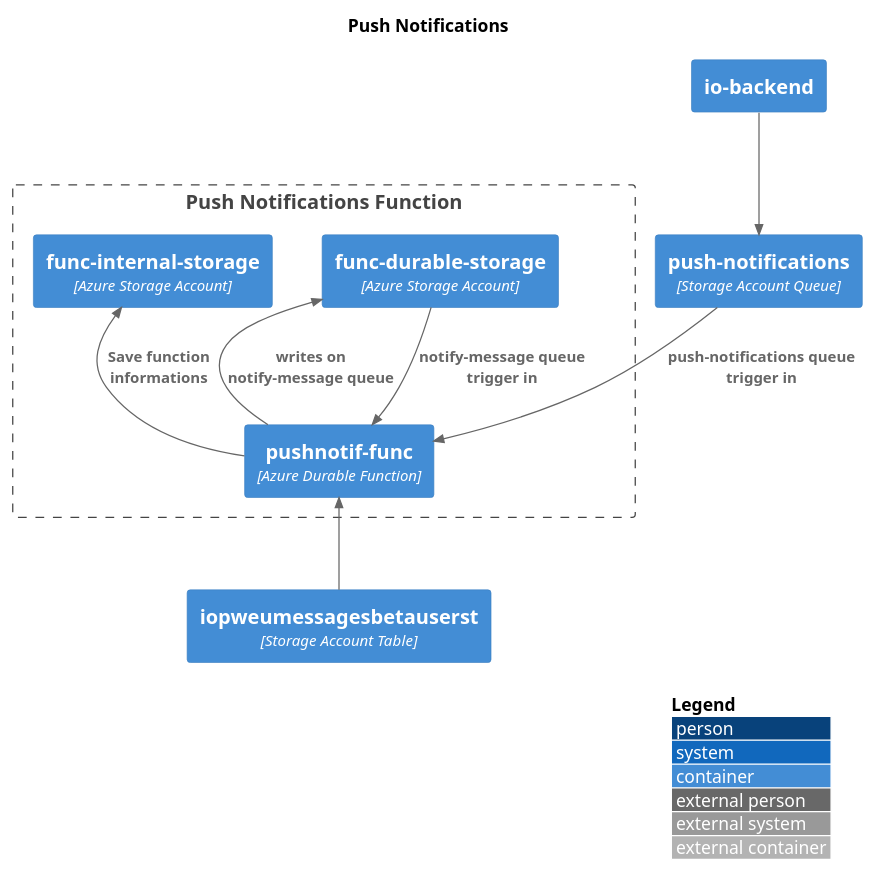
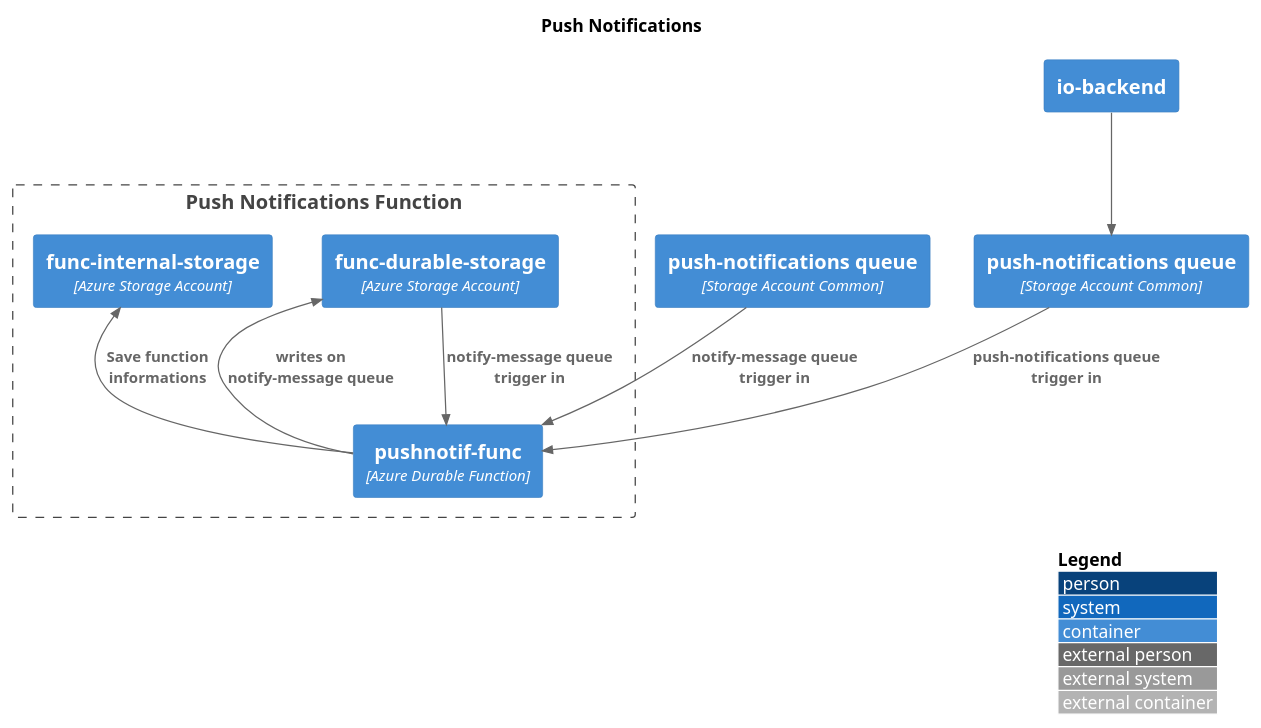
One commit to pagopa/io-messages changed the diagram in apps/pushnotif-func/docs/push-notifications-components.puml. Above: the diagram before and after it, drawn with PlantUML. The commit also changed 1 other file, not shown here.

```diff
--- a/apps/pushnotif-func/docs/push-notifications-components.puml
+++ b/apps/pushnotif-func/docs/push-notifications-components.puml
@@ -1,27 +1,29 @@
 @startuml push-notifications
 !include <C4/C4_Component>
 !include <C4/C4_Context>
 !include <C4/C4_Container>
 
 LAYOUT_WITH_LEGEND()
 
 title Push Notifications
 
 Boundary(io, "Push Notifications Function") {
     Container(pushNotifFunc, "pushnotif-func", "Azure Durable Function")
     Container(internalStorage, "func-internal-storage", "Azure Storage Account")
     Container(durableStorage, "func-durable-storage", "Azure Storage Account")
 }
 
+Container(pushNotifQueue, "push-notifications queue", "Storage Account Common")
+Container(notifMessageQueue, "push-notifications queue", "Storage Account Common")
+
 Rel_U(pushNotifFunc, internalStorage, "Save function informations")
 Rel_U(pushNotifFunc, durableStorage, "writes on notify-message queue")
 Rel_D(durableStorage, pushNotifFunc, "notify-message queue trigger in")
 
-Container(iopweumessagesbetauserst, "iopweumessagesbetauserst", "Storage Account Table")
 Container(iobackend, "io-backend")
-Container(pushNotifQueue, "push-notifications", "Storage Account Queue")
+
 
 Rel_D(iobackend, pushNotifQueue, "")
 Rel_D(pushNotifQueue, pushNotifFunc, "push-notifications queue trigger in")
-Rel_U(iopweumessagesbetauserst,pushNotifFunc,"")
+Rel_D(notifMessageQueue, pushNotifFunc, "notify-message queue trigger in")
 @enduml
```
